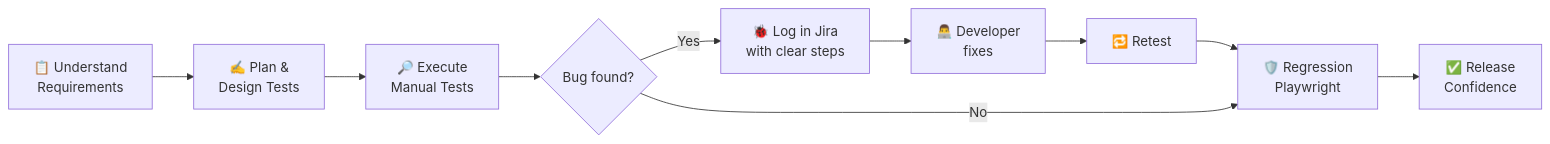
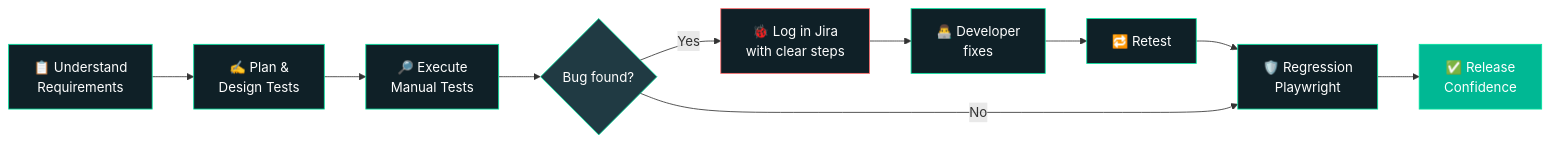
The diagram in README.md (ajitmohapatrapapuni/ajitmohapatrapapuni), drawn with Mermaid before and after one commit. The commit also changed other lines of this file, not shown here.

````diff
--- a/README.md
+++ b/README.md
@@ -160,12 +228,22 @@
 ```mermaid
 flowchart LR
     A[📋 Understand<br/>Requirements] --> B[✍️ Plan &<br/>Design Tests]
     B --> C[🔎 Execute<br/>Manual Tests]
     C --> D{Bug found?}
     D -- Yes --> E[🐞 Log in Jira<br/>with clear steps]
     E --> F[👨‍💻 Developer<br/>fixes]
     F --> G[🔁 Retest]
     G --> H[🛡️ Regression<br/>Playwright]
     D -- No --> H
     H --> I[✅ Release<br/>Confidence]
+
+    style A fill:#0f2027,stroke:#00E5A0,color:#fff
+    style B fill:#0f2027,stroke:#00E5A0,color:#fff
+    style C fill:#0f2027,stroke:#00E5A0,color:#fff
+    style D fill:#203a43,stroke:#00E5A0,color:#fff
+    style E fill:#0f2027,stroke:#ff6b6b,color:#fff
+    style F fill:#0f2027,stroke:#00E5A0,color:#fff
+    style G fill:#0f2027,stroke:#00E5A0,color:#fff
+    style H fill:#0f2027,stroke:#00E5A0,color:#fff
+    style I fill:#00b894,stroke:#00E5A0,color:#fff
 ```
````
